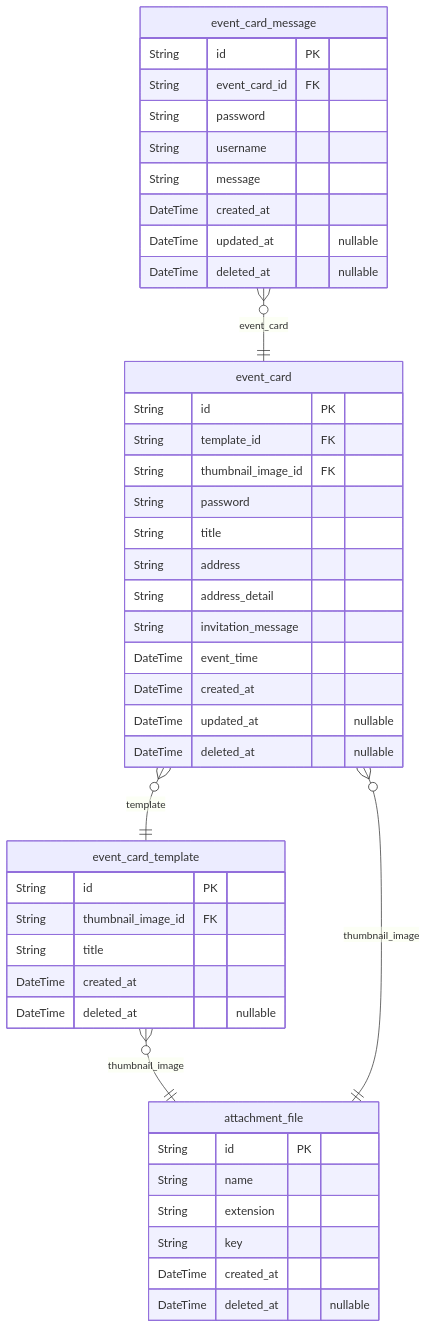
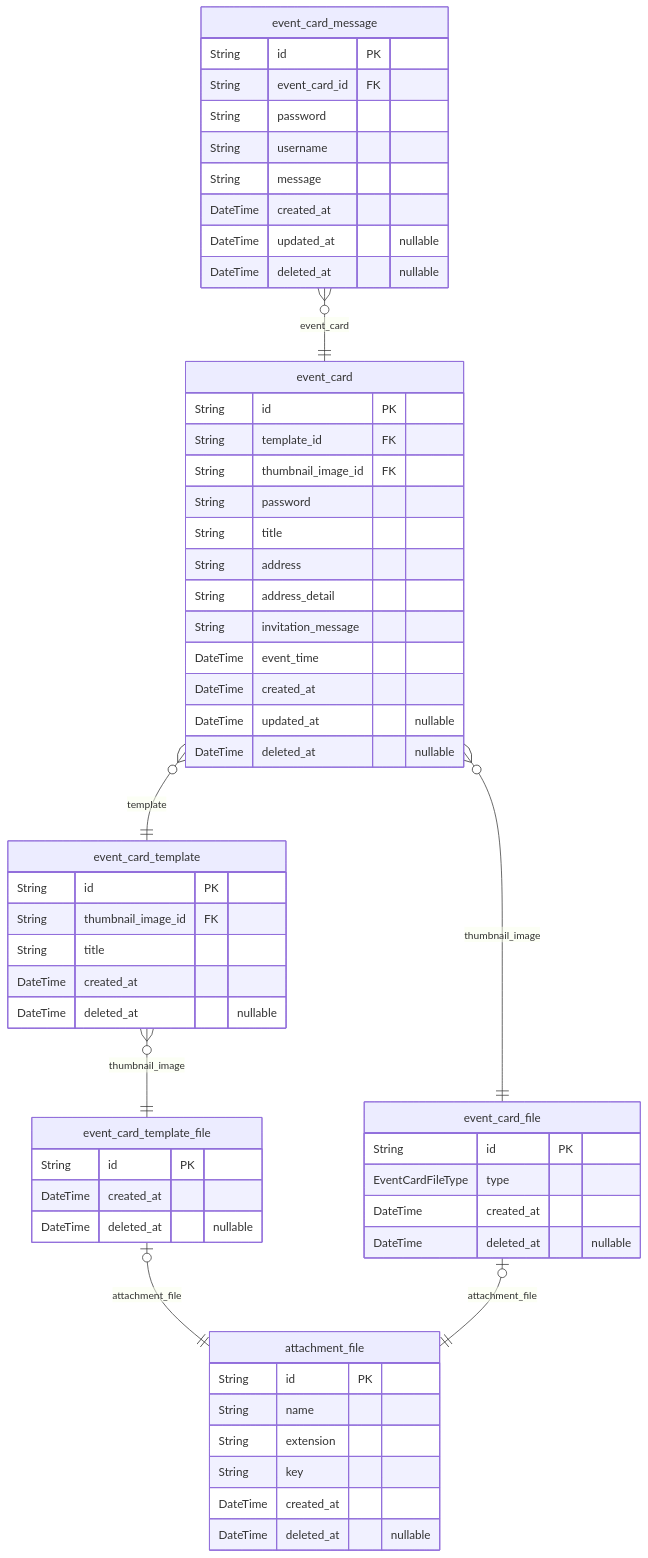
Before and after one commit to ddi-ring/backend: the diagram in ERD.md, drawn with Mermaid. The commit also changed other lines of this file and 12 other files, not shown here.

````diff
--- a/ERD.md
+++ b/ERD.md
@@ -9,46 +9,59 @@
 ```mermaid
 erDiagram
 "event_card_template" {
   String id PK
   String thumbnail_image_id FK
   String title
+  DateTime created_at
+  DateTime deleted_at "nullable"
+}
+"event_card_template_file" {
+  String id PK
   DateTime created_at
   DateTime deleted_at "nullable"
 }
 "event_card" {
   String id PK
   String template_id FK
   String thumbnail_image_id FK
   String password
   String title
   String address
   String address_detail
   String invitation_message
   DateTime event_time
   DateTime created_at
   DateTime updated_at "nullable"
+  DateTime deleted_at "nullable"
+}
+"event_card_file" {
+  String id PK
+  EventCardFileType type
+  DateTime created_at
   DateTime deleted_at "nullable"
 }
 "event_card_message" {
   String id PK
   String event_card_id FK
   String password
   String username
   String message
   DateTime created_at
   DateTime updated_at "nullable"
   DateTime deleted_at "nullable"
 }
 "attachment_file" {
   String id PK
   String name
   String extension
   String key
   DateTime created_at
   DateTime deleted_at "nullable"
 }
-"event_card_template" }o--|| "attachment_file" : thumbnail_image
+"event_card_template" }o--|| "event_card_template_file" : thumbnail_image
+"event_card_template_file" |o--|| "attachment_file" : attachment_file
 "event_card" }o--|| "event_card_template" : template
-"event_card" }o--|| "attachment_file" : thumbnail_image
+"event_card" }o--|| "event_card_file" : thumbnail_image
+"event_card_file" |o--|| "attachment_file" : attachment_file
 "event_card_message" }o--|| "event_card" : event_card
 ```
````
